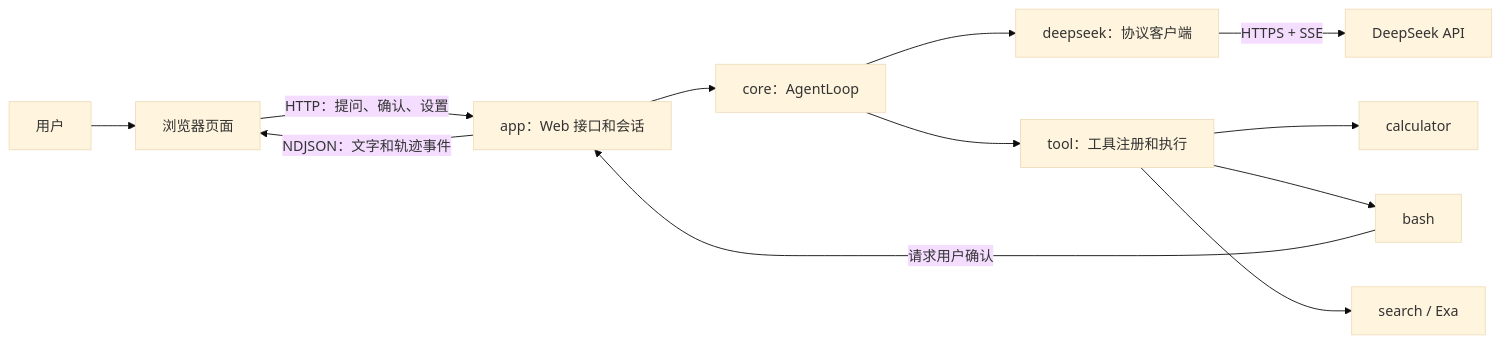
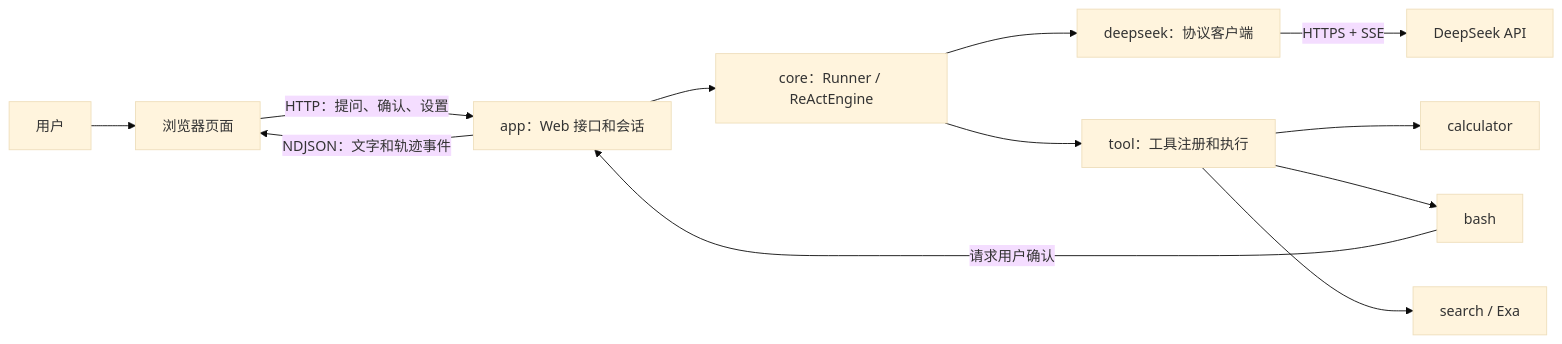
Before and after one commit to GLBB/ai-engineering-from-scratch: the diagram in learning-artifacts/agent-loop/docs/01-architecture.md, drawn with Mermaid (base theme). The commit also changed other lines of this file and 10 other files, not shown here.

````diff
--- a/learning-artifacts/agent-loop/docs/01-architecture.md
+++ b/learning-artifacts/agent-loop/docs/01-architecture.md
@@ -13,14 +13,14 @@
 ```mermaid
 flowchart LR
     User[用户] --> Browser[浏览器页面]
     Browser -->|HTTP：提问、确认、设置| App[app：Web 接口和会话]
     App -->|NDJSON：文字和轨迹事件| Browser
-    App --> Loop[core：AgentLoop]
+    App --> Loop[core：Runner / ReActEngine]
     Loop --> Model[deepseek：协议客户端]
     Model -->|HTTPS + SSE| DeepSeek[DeepSeek API]
     Loop --> Tools[tool：工具注册和执行]
     Tools --> Calc[calculator]
     Tools --> Bash[bash]
     Tools --> Search[search / Exa]
     Bash -->|请求用户确认| App
 ```
````
